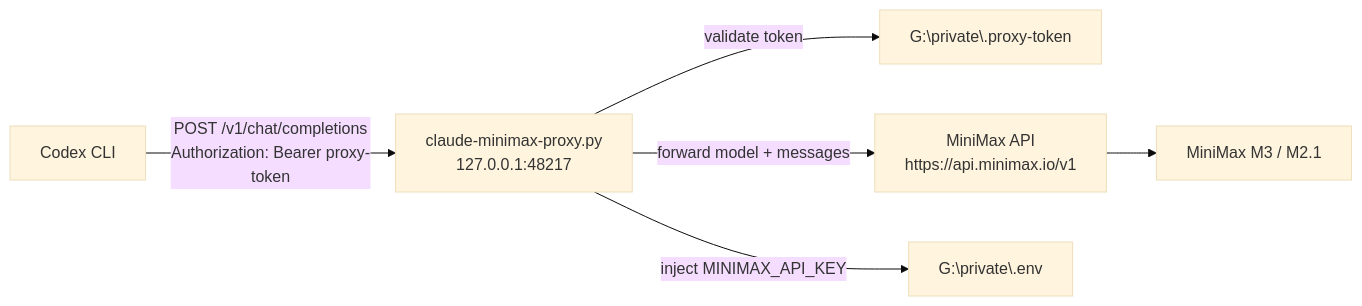
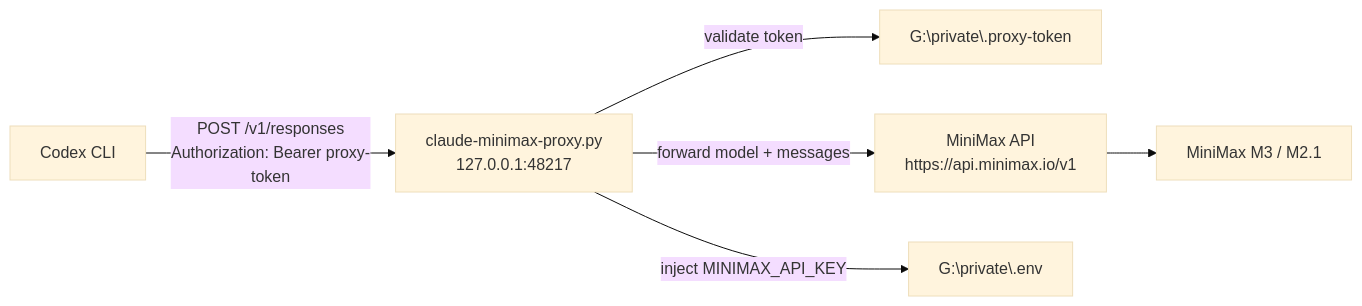
Before and after one commit to Ghenghis/claude_desktop_minimax: the third of 5 diagrams in docs/E2E-Blueprint.md, drawn with Mermaid (base theme). The commit also changed other lines of this file and 3 other files, not shown here.

Commit message:
docs: update README, ROADMAP, and Codex setup docs

````diff
--- a/docs/E2E-Blueprint.md
+++ b/docs/E2E-Blueprint.md
@@ -100,8 +100,8 @@
 ```mermaid
 graph LR
-    A[Codex CLI] -->|POST /v1/chat/completions<br/>Authorization: Bearer proxy-token| B[claude-minimax-proxy.py<br/>127.0.0.1:48217]
+    A[Codex CLI] -->|POST /v1/responses<br/>Authorization: Bearer proxy-token| B[claude-minimax-proxy.py<br/>127.0.0.1:48217]
     B -->|validate token| C[G:\private\.proxy-token]
     B -->|forward model + messages| D[MiniMax API<br/>https://api.minimax.io/v1]
     B -->|inject MINIMAX_API_KEY| E[G:\private\.env]
     D --> F[MiniMax M3 / M2.1]
 ```
````
